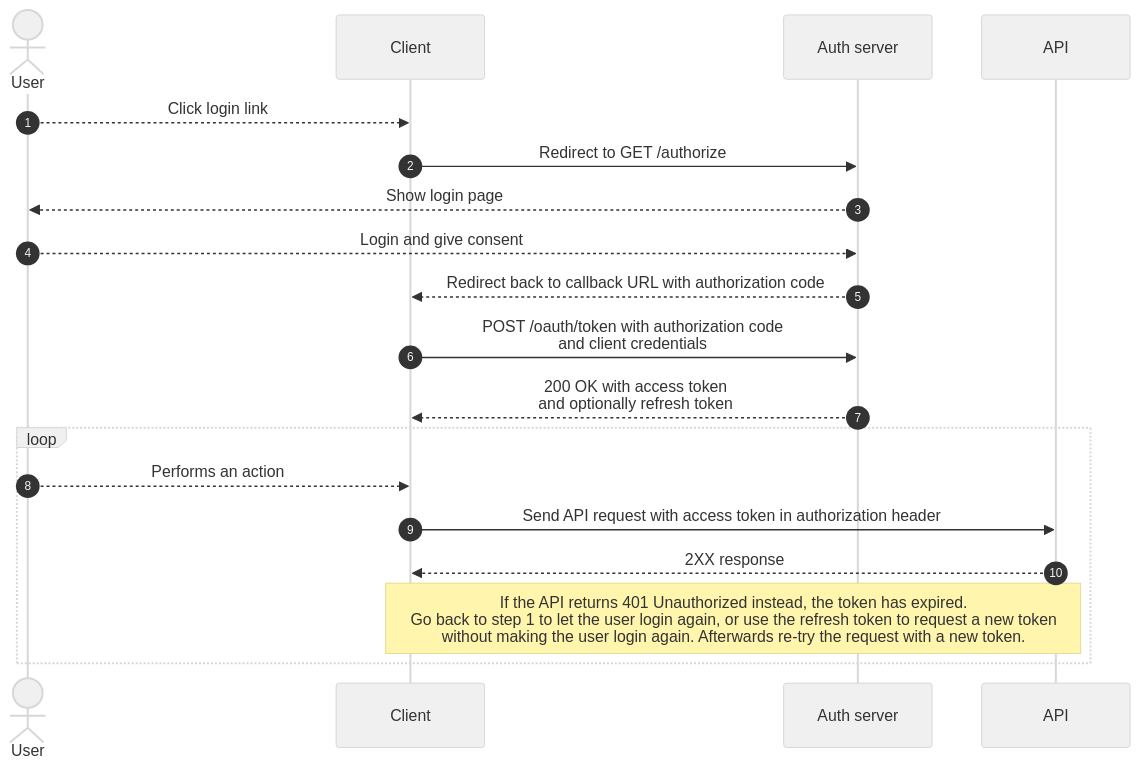
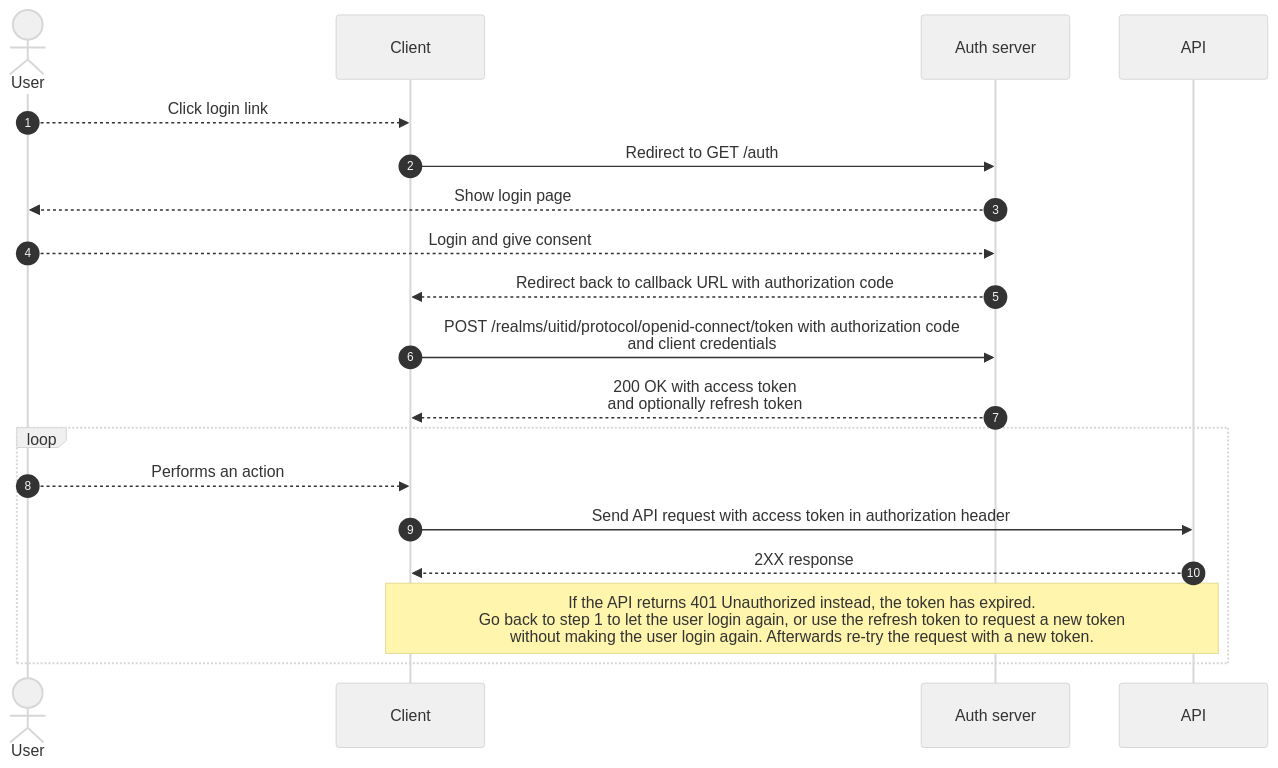
One commit to cultuurnet/apidocs changed the first of 2 diagrams in projects/authentication/docs/user-access-token.md. Above: the diagram before and after it, drawn with Mermaid. The commit also changed other lines of this file and 2 other files, not shown here.

First line of the commit message:
Uitid/pk 41 keycloak switch (#408)

````diff
--- a/projects/authentication/docs/user-access-token.md
+++ b/projects/authentication/docs/user-access-token.md
@@ -36,19 +46,19 @@
 ```mermaid
 %%{init: {'theme':'base', 'themeVariables': { 'primaryColor': '#f0f0f0', 'fontFamily': 'Helvetica' }, 'sequence': { 'actorFontFamily': 'Helvetica', 'noteFontFamily': 'Helvetica', 'messageFontFamily': 'Helvetica' } }}%%
 sequenceDiagram
     autonumber
     actor User
     User-->>Client: Click login link
-    Client->>Auth server: Redirect to GET /authorize
+    Client->>Auth server: Redirect to GET /auth
     Auth server-->>User: Show login page
     User-->>Auth server: Login and give consent
     Auth server-->>Client: Redirect back to callback URL with authorization code
-    Client->>Auth server: POST /oauth/token with authorization code<br /> and client credentials
+    Client->>Auth server: POST /realms/uitid/protocol/openid-connect/token with authorization code<br /> and client credentials
     Auth server-->>Client: 200 OK with access token<br /> and optionally refresh token
     loop
         User-->>Client: Performs an action
         Client->>API: Send API request with access token in authorization header
         API-->>Client: 2XX response
         note over API,Client: If the API returns 401 Unauthorized instead, the token has expired.<br />Go back to step 1 to let the user login again, or use the refresh token to request a new token<br />without making the user login again. Afterwards re-try the request with a new token.
     end
 ```
````
